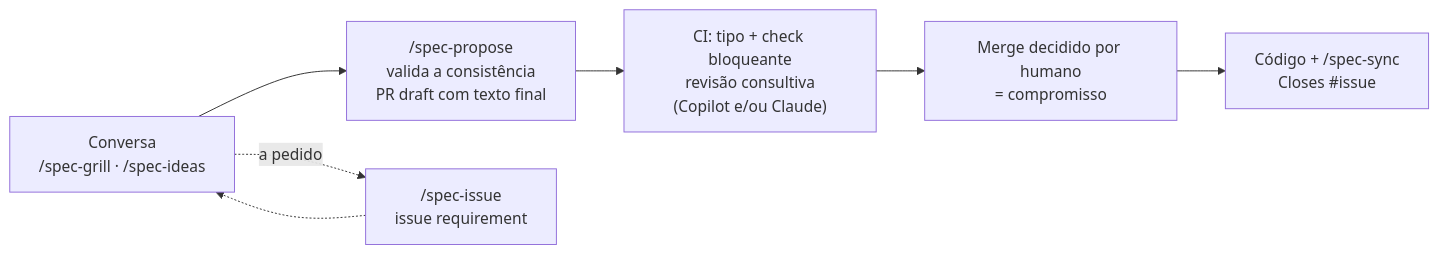
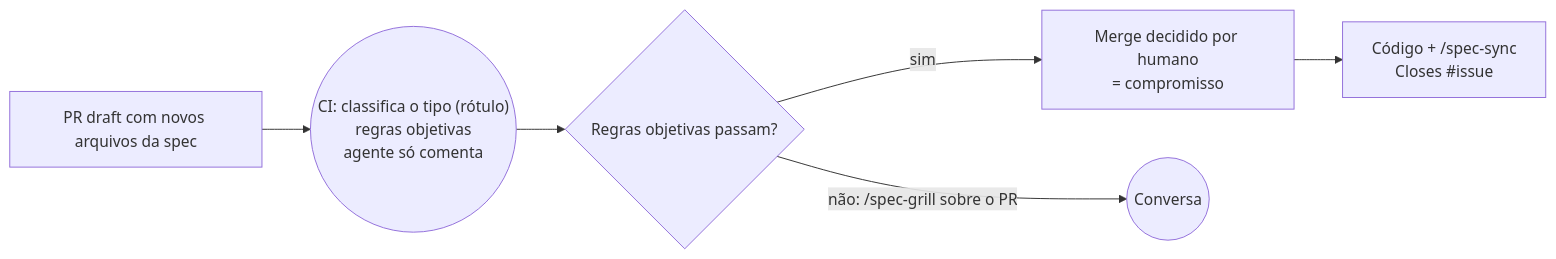
The second of 2 diagrams in README.md (useful-toys/Tabularium), drawn with Mermaid before and after one commit. The commit also changed other lines of this file and 34 other files, not shown here.

````diff
--- a/README.md
+++ b/README.md
@@ -16,9 +87,8 @@
 ```mermaid
 flowchart LR
-  G["Conversa<br/>/spec-grill · /spec-ideas"] --> P["/spec-propose<br/>valida a consistência<br/>PR draft com texto final"]
-  G -.->|a pedido| I["/spec-issue<br/>issue requirement"]
-  I -.-> G
-  P --> R["CI: tipo + check bloqueante<br/>revisão consultiva<br/>(Copilot e/ou Claude)"]
-  R --> A["Merge decidido por humano<br/>= compromisso"]
-  A --> C["Código + /spec-sync<br/>Closes #issue"]
+  PR["PR draft com novos arquivos da spec"] --> CI(("CI: classifica o tipo (rótulo)<br/>regras objetivas<br/>agente só comenta"))
+  CI --> GG{"Regras objetivas passam?"}
+  GG -->|sim| A["Merge decidido por humano<br/>= compromisso"]
+  GG -->|"não: /spec-grill sobre o PR"| C(("Conversa"))
+  A --> E["Código + /spec-sync<br/>Closes #issue"]
 ```
````
